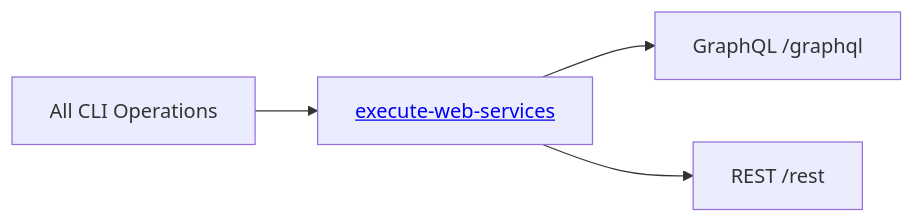
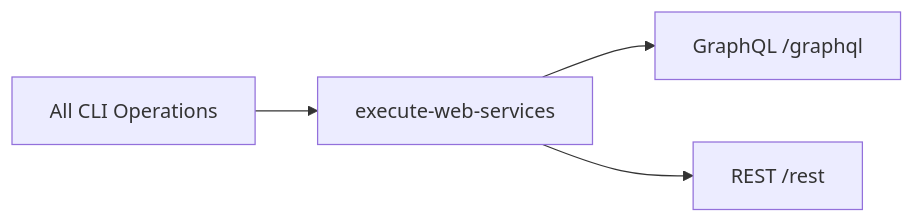
Before and after one commit to AtScaleInc/ps-utils: the seventh of 7 diagrams in docs/ACTIONS.md, drawn with Mermaid. The commit also changed other lines of this file and 1 other file, not shown here.

Commit message:
fix: remove HTML links from mermaid diagrams in README and ACTIONS documentation

````diff
--- a/docs/ACTIONS.md
+++ b/docs/ACTIONS.md
@@ -108,6 +102,5 @@
 ```mermaid
-%%{init: {"flowchart": {"htmlLabels": true}} }%%
 flowchart LR
-    OPS["All CLI Operations"] --> A["<a href='#execute-web-services'>execute-web-services</a>"] --> GQL["GraphQL /graphql"]
+    OPS["All CLI Operations"] --> A["execute-web-services"] --> GQL["GraphQL /graphql"]
     A --> REST["REST /rest"]
 ```
````
